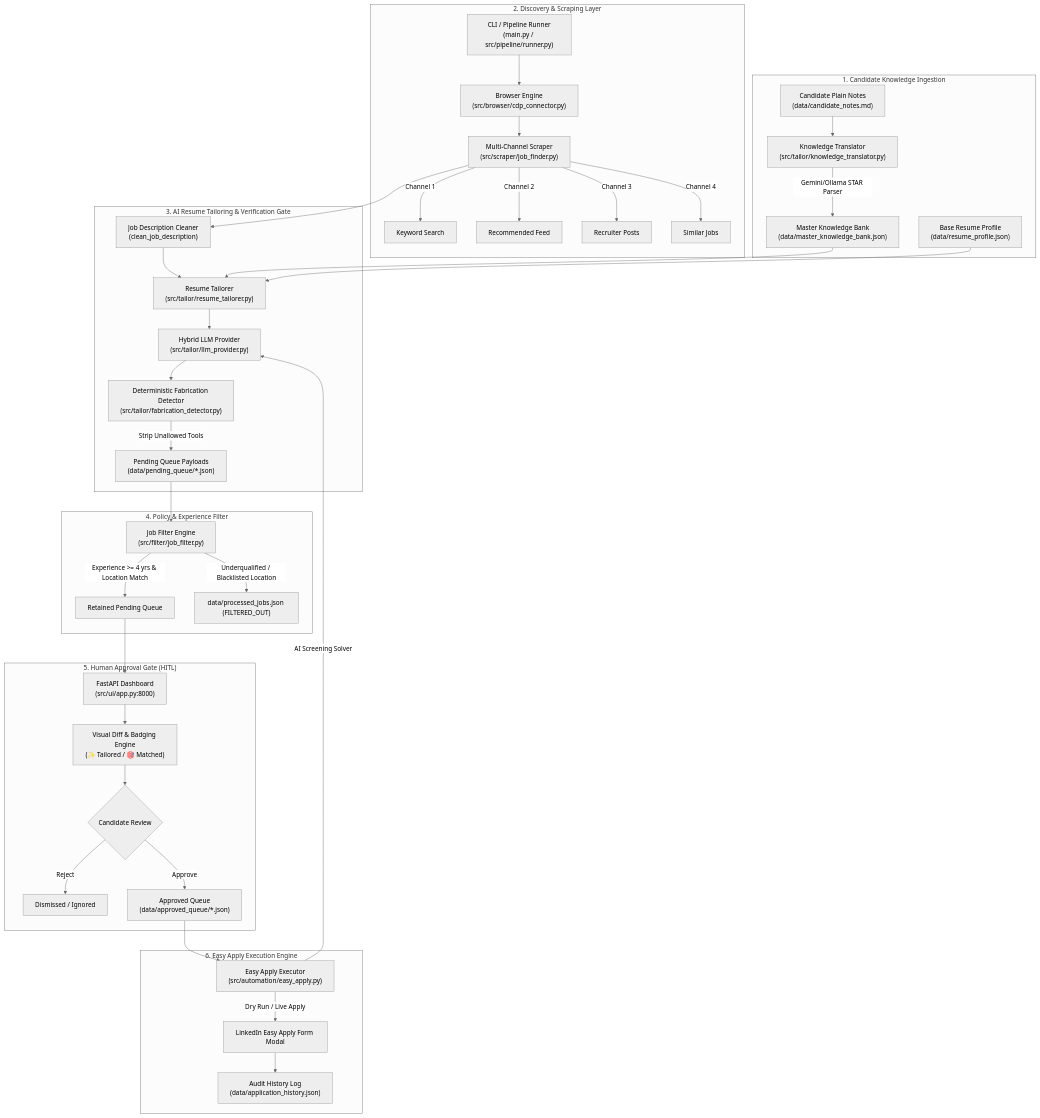
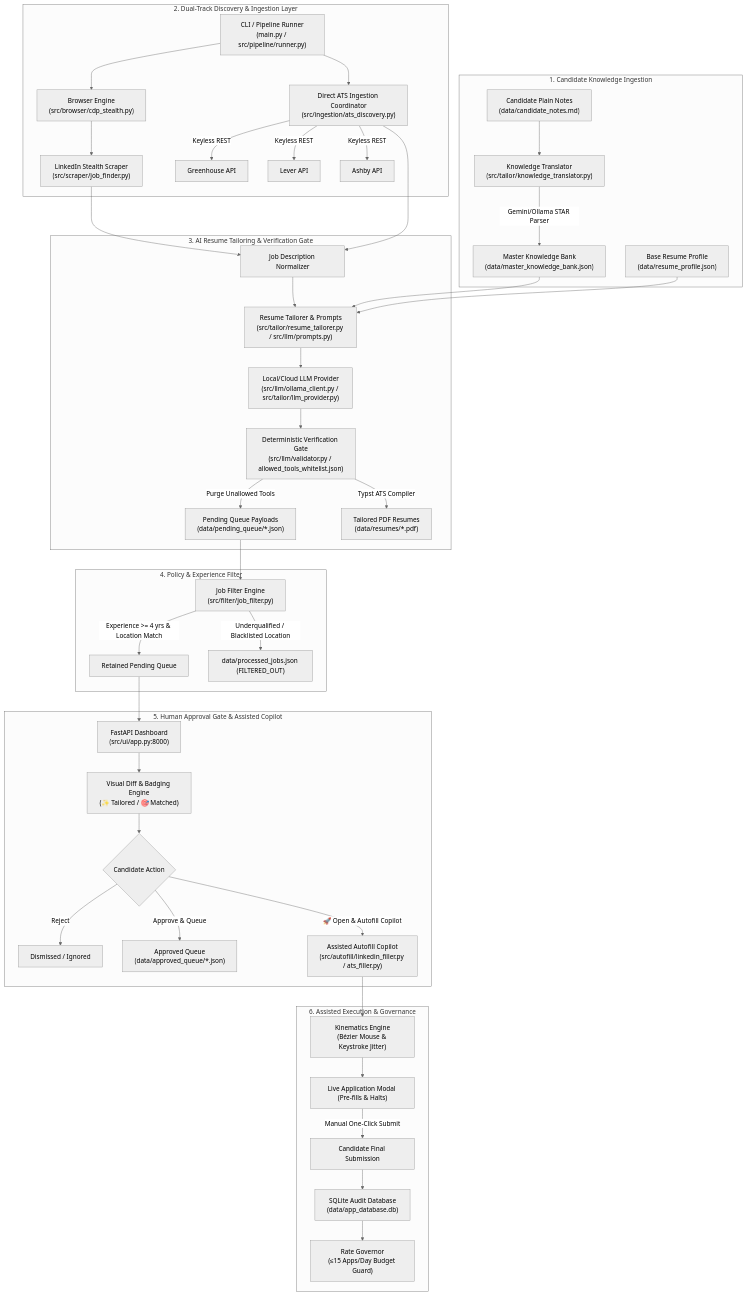
One commit to manjunathk833/linkedin-automator changed the diagram in SYSTEM_ARCHITECTURE.md. Above: the diagram before and after it, drawn with Mermaid (neutral theme). The commit also changed other lines of this file and 65 other files, not shown here.

Commit message:
feat: ATS multi-source ingestion, Typst compiler, Command Center UI & multi-tab Copilot

````diff
--- a/SYSTEM_ARCHITECTURE.md
+++ b/SYSTEM_ARCHITECTURE.md
@@ -25,48 +32,52 @@
 ```mermaid
 graph TD
     subgraph "1. Candidate Knowledge Ingestion"
         A["Candidate Plain Notes<br/>(data/candidate_notes.md)"] --> B["Knowledge Translator<br/>(src/tailor/knowledge_translator.py)"]
         B -->|Gemini/Ollama STAR Parser| C["Master Knowledge Bank<br/>(data/master_knowledge_bank.json)"]
         D["Base Resume Profile<br/>(data/resume_profile.json)"]
     end
 
-    subgraph "2. Discovery & Scraping Layer"
-        E["CLI / Pipeline Runner<br/>(main.py / src/pipeline/runner.py)"] --> F["Browser Engine<br/>(src/browser/cdp_connector.py)"]
-        F --> G["Multi-Channel Scraper<br/>(src/scraper/job_finder.py)"]
-        G -->|Channel 1| H1["Keyword Search"]
-        G -->|Channel 2| H2["Recommended Feed"]
-        G -->|Channel 3| H3["Recruiter Posts"]
-        G -->|Channel 4| H4["Similar Jobs"]
+    subgraph "2. Dual-Track Discovery & Ingestion Layer"
+        E["CLI / Pipeline Runner<br/>(main.py / src/pipeline/runner.py)"] --> F["Browser Engine<br/>(src/browser/cdp_stealth.py)"]
+        F --> G["LinkedIn Stealth Scraper<br/>(src/scraper/job_finder.py)"]
+        E --> H["Direct ATS Ingestion Coordinator<br/>(src/ingestion/ats_discovery.py)"]
+        H -->|Keyless REST| H1["Greenhouse API"]
+        H -->|Keyless REST| H2["Lever API"]
+        H -->|Keyless REST| H3["Ashby API"]
     end
 
     subgraph "3. AI Resume Tailoring & Verification Gate"
-        G --> I["Job Description Cleaner<br/>(clean_job_description)"]
-        I --> J["Resume Tailorer<br/>(src/tailor/resume_tailorer.py)"]
+        G --> I["Job Description Normalizer"]
+        H --> I
+        I --> J["Resume Tailorer & Prompts<br/>(src/tailor/resume_tailorer.py / src/llm/prompts.py)"]
         C --> J
         D --> J
-        J --> K["Hybrid LLM Provider<br/>(src/tailor/llm_provider.py)"]
-        K --> L["Deterministic Fabrication Detector<br/>(src/tailor/fabrication_detector.py)"]
-        L -->|Strip Unallowed Tools| M["Pending Queue Payloads<br/>(data/pending_queue/*.json)"]
+        J --> K["Local/Cloud LLM Provider<br/>(src/llm/ollama_client.py / src/tailor/llm_provider.py)"]
+        K --> L["Deterministic Verification Gate<br/>(src/llm/validator.py / allowed_tools_whitelist.json)"]
+        L -->|Purge Unallowed Tools| M["Pending Queue Payloads<br/>(data/pending_queue/*.json)"]
+        L -->|Typst ATS Compiler| M2["Tailored PDF Resumes<br/>(data/resumes/*.pdf)"]
     end
 
     subgraph "4. Policy & Experience Filter"
         M --> N["Job Filter Engine<br/>(src/filter/job_filter.py)"]
         N -->|Experience >= 4 yrs & Location Match| O["Retained Pending Queue"]
         N -->|Underqualified / Blacklisted Location| P["data/processed_jobs.json (FILTERED_OUT)"]
     end
 
-    subgraph "5. Human Approval Gate (HITL)"
+    subgraph "5. Human Approval Gate & Assisted Copilot"
         O --> Q["FastAPI Dashboard<br/>(src/ui/app.py:8000)"]
         Q --> R["Visual Diff & Badging Engine<br/>(✨ Tailored / 🎯 Matched)"]
-        R --> S{Candidate Review}
+        R --> S{Candidate Action}
         S -->|Reject| T["Dismissed / Ignored"]
-        S -->|Approve| U["Approved Queue<br/>(data/approved_queue/*.json)"]
+        S -->|Approve & Queue| U["Approved Queue<br/>(data/approved_queue/*.json)"]
+        S -->|🚀 Open & Autofill Copilot| V["Assisted Autofill Copilot<br/>(src/autofill/linkedin_filler.py / ats_filler.py)"]
     end
 
-    subgraph "6. Easy Apply Execution Engine"
-        U --> V["Easy Apply Executor<br/>(src/automation/easy_apply.py)"]
-        V -->|AI Screening Solver| K
-        V -->|Dry Run / Live Apply| W["LinkedIn Easy Apply Form Modal"]
-        W --> X["Audit History Log<br/>(data/application_history.json)"]
+    subgraph "6. Assisted Execution & Governance"
+        V --> W["Kinematics Engine<br/>(Bézier Mouse & Keystroke Jitter)"]
+        W --> X["Live Application Modal (Pre-fills & Halts)"]
+        X -->|Manual One-Click Submit| Y["Candidate Final Submission"]
+        Y --> Z["SQLite Audit Database<br/>(data/app_database.db)"]
+        Z --> GOV["Rate Governor<br/>(≤15 Apps/Day Budget Guard)"]
     end
 ```
````
